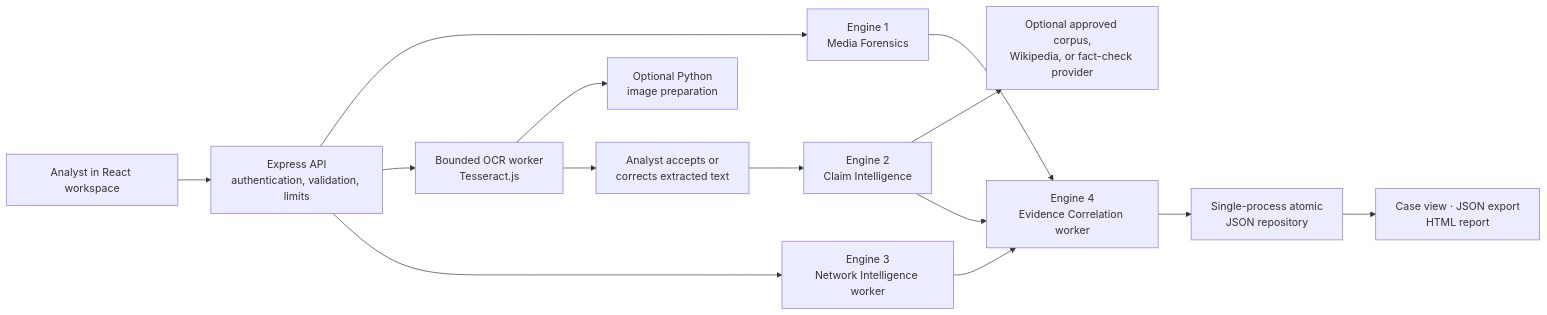
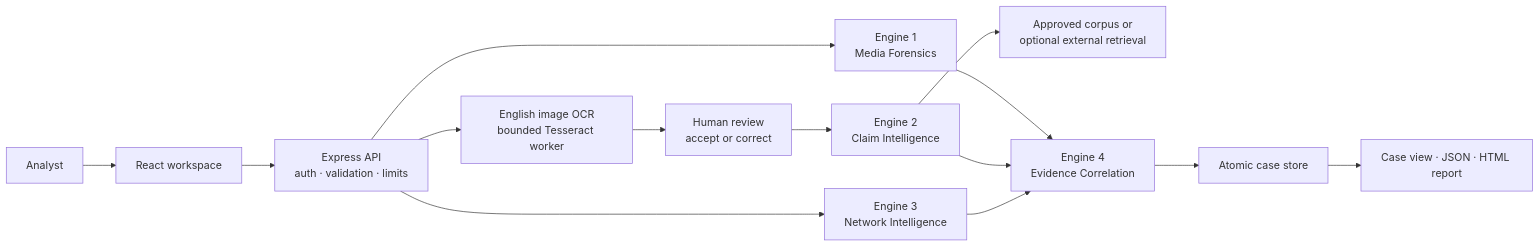
One commit to CyberShieldTeam/Deepfakedet changed the diagram in README.md. Above: the diagram before and after it, drawn with Mermaid. The commit also changed other lines of this file, not shown here.

````diff
--- a/README.md
+++ b/README.md
@@ -34,16 +28,18 @@
 ```mermaid
 flowchart LR
-    A["Analyst in React workspace"] --> B["Express API<br/>authentication, validation, limits"]
-    B --> E1["Engine 1<br/>Media Forensics"]
-    B --> X["Bounded OCR worker<br/>Tesseract.js"]
-    X --> P["Optional Python<br/>image preparation"]
-    X --> R["Analyst accepts or<br/>corrects extracted text"]
-    R --> E2["Engine 2<br/>Claim Intelligence"]
-    E2 --> S["Optional approved corpus,<br/>Wikipedia, or fact-check provider"]
-    B --> E3["Engine 3<br/>Network Intelligence worker"]
-    E1 --> E4["Engine 4<br/>Evidence Correlation worker"]
-    E2 --> E4
-    E3 --> E4
-    E4 --> D["Single-process atomic<br/>JSON repository"]
-    D --> O["Case view · JSON export<br/>HTML report"]
+    U["Analyst"] --> A["React workspace"]
+    A --> API["Express API<br/>auth · validation · limits"]
+
+    API --> M["Engine 1<br/>Media Forensics"]
+    API --> O["English image OCR<br/>bounded Tesseract worker"]
+    O --> H["Human review<br/>accept or correct"]
+    H --> C["Engine 2<br/>Claim Intelligence"]
+    C --> R["Approved corpus or<br/>optional external retrieval"]
+    API --> N["Engine 3<br/>Network Intelligence"]
+
+    M --> E["Engine 4<br/>Evidence Correlation"]
+    C --> E
+    N --> E
+    E --> S["Atomic case store"]
+    S --> P["Case view · JSON · HTML report"]
 ```
````
